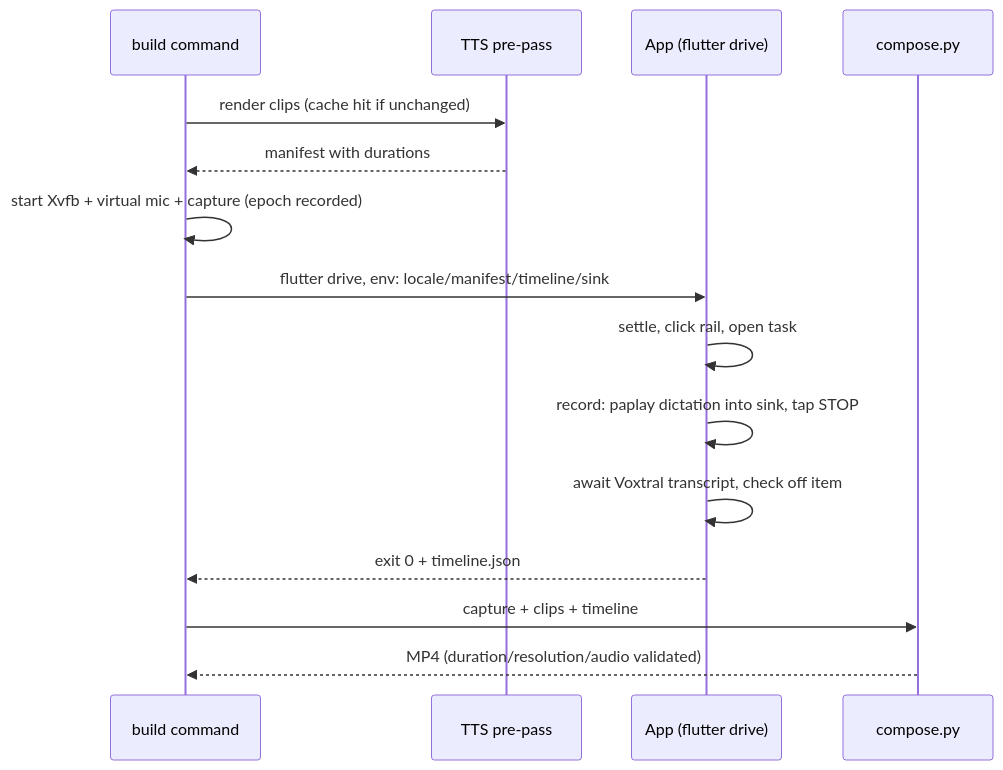
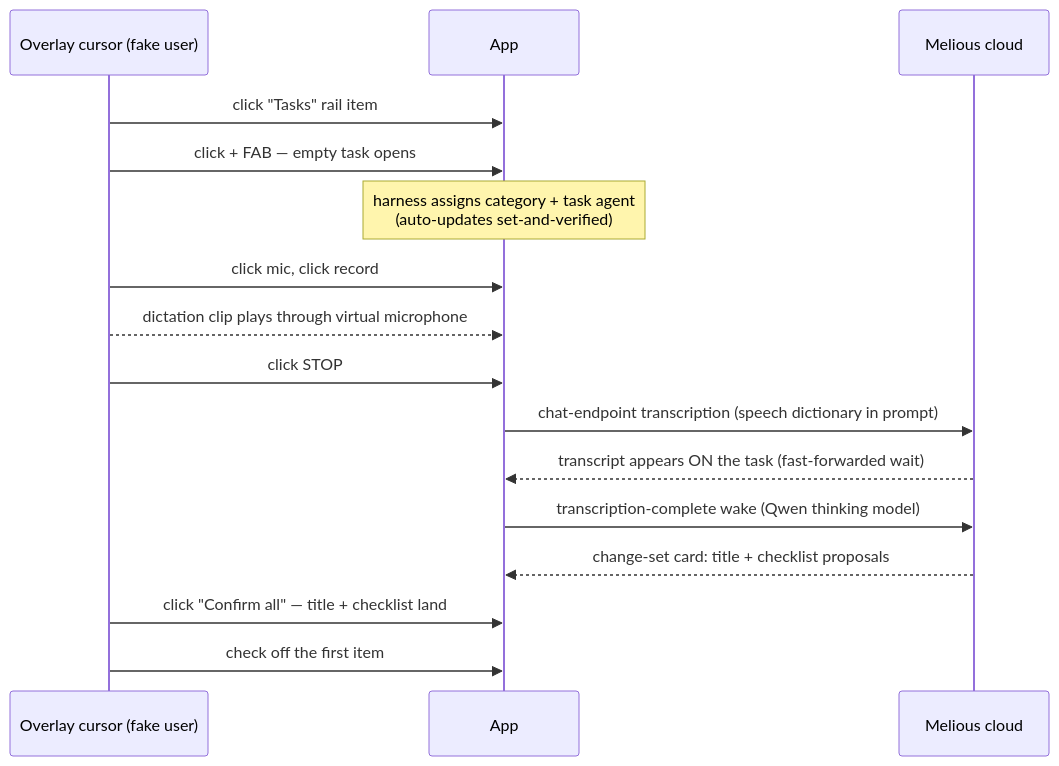
One commit to matthiasn/lotti changed the second of 2 diagrams in tools/tutorial_videos/README.md. Above: the diagram before and after it, drawn with Mermaid. The commit also changed other lines of this file and 7 other files, not shown here.

````diff
--- a/tools/tutorial_videos/README.md
+++ b/tools/tutorial_videos/README.md
@@ -75,17 +69,18 @@
 ```mermaid
 sequenceDiagram
-    participant O as build command
-    participant T as TTS pre-pass
-    participant A as App (flutter drive)
-    participant C as compose.py
-    O->>T: render clips (cache hit if unchanged)
-    T-->>O: manifest with durations
-    O->>O: start Xvfb + virtual mic + capture (epoch recorded)
-    O->>A: flutter drive, env: locale/manifest/timeline/sink
-    A->>A: settle, click rail, open task
-    A->>A: record: paplay dictation into sink, tap STOP
-    A->>A: await Voxtral transcript, check off item
-    A-->>O: exit 0 + timeline.json
-    O->>C: capture + clips + timeline
-    C-->>O: MP4 (duration/resolution/audio validated)
+    participant U as Overlay cursor (fake user)
+    participant A as App
+    participant M as Melious cloud
+    U->>A: click "Tasks" rail item
+    U->>A: click + FAB — empty task opens
+    Note over A: harness assigns category + task agent<br/>(auto-updates set-and-verified)
+    U->>A: click mic, click record
+    U-->>A: dictation clip plays through virtual microphone
+    U->>A: click STOP
+    A->>M: chat-endpoint transcription (speech dictionary in prompt)
+    M-->>A: transcript appears ON the task (fast-forwarded wait)
+    A->>M: transcription-complete wake (Qwen thinking model)
+    M-->>A: change-set card: title + checklist proposals
+    U->>A: click "Confirm all" — title + checklist land
+    U->>A: check off the first item
 ```
````
